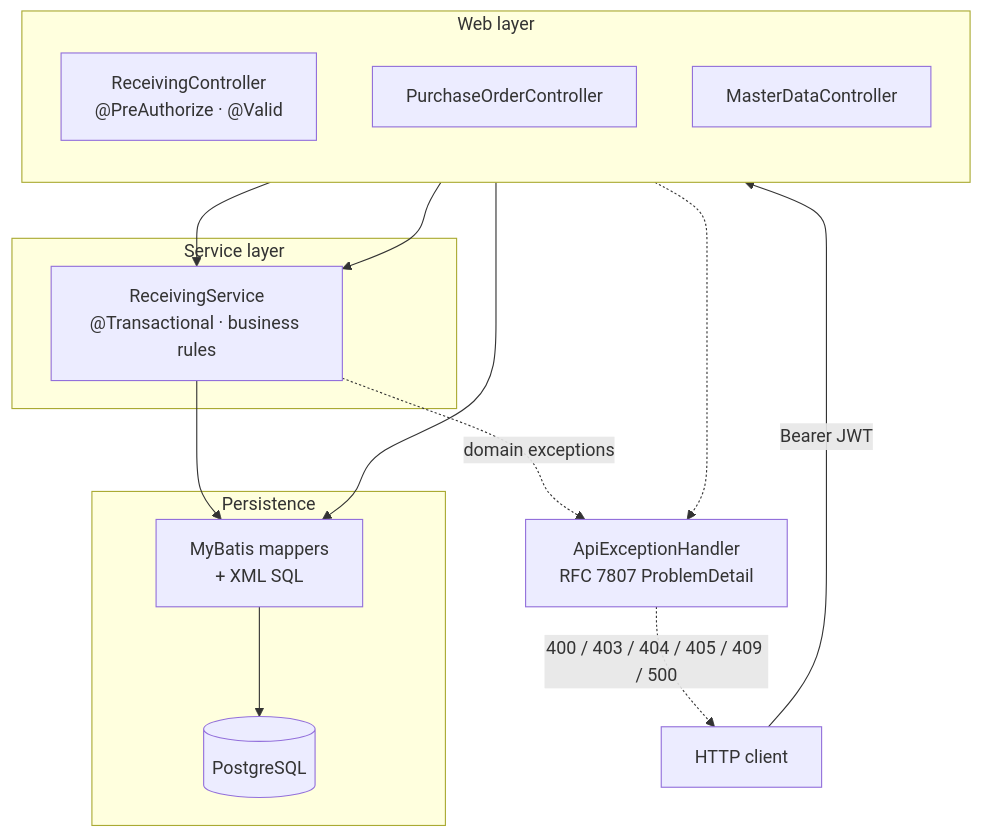
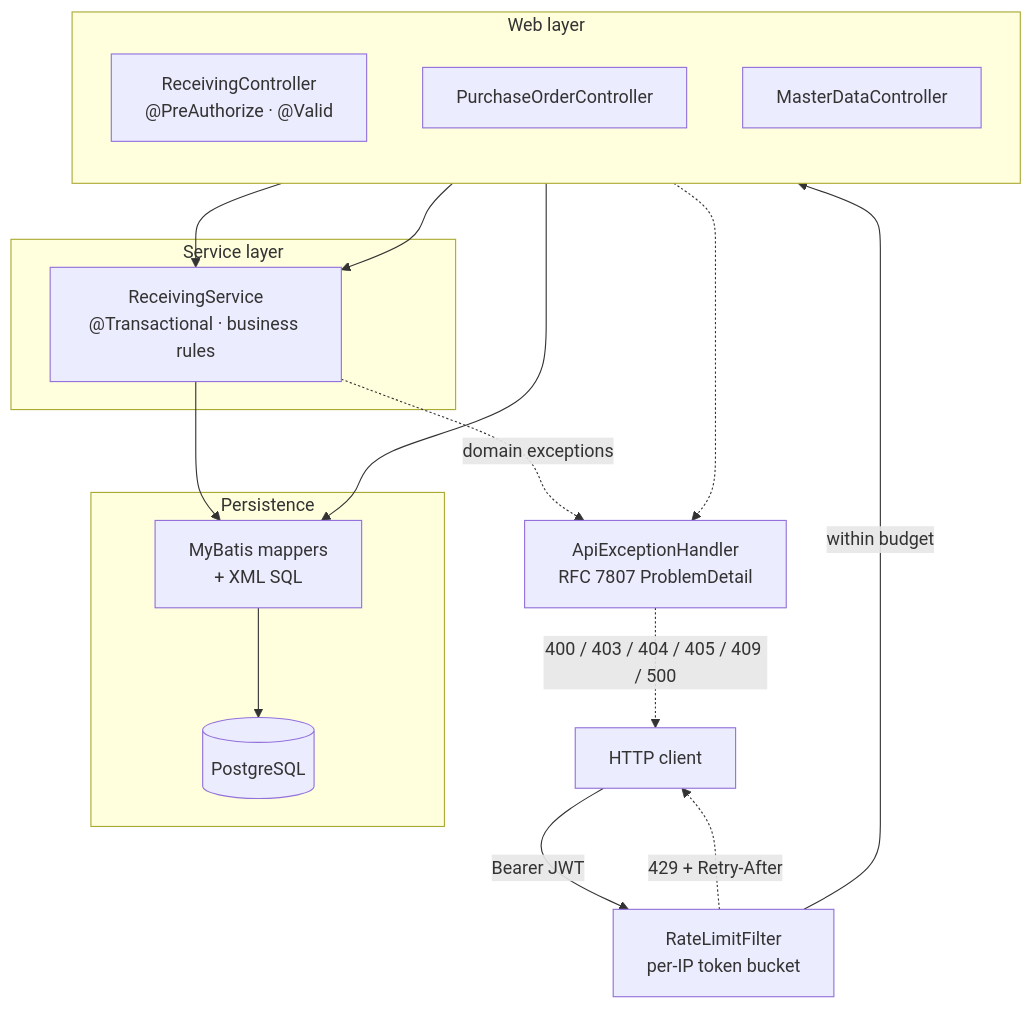
One commit to Davidzent/Warehouse changed the diagram in README.md. Above: the diagram before and after it, drawn with Mermaid. The commit also changed other lines of this file and 3 other files, not shown here.

````diff
--- a/README.md
+++ b/README.md
@@ -39,30 +44,32 @@
 ```mermaid
 flowchart TD
-    C[HTTP client] -->|Bearer JWT| W
+    C[HTTP client] -->|Bearer JWT| RL["RateLimitFilter<br/>per-IP token bucket"]
+    RL -->|within budget| W
+    RL -.->|429 + Retry-After| C
 
     subgraph W["Web layer"]
         direction TB
         RC["ReceivingController<br/>@PreAuthorize · @Valid"]
         PC[PurchaseOrderController]
         MC[MasterDataController]
     end
 
     subgraph S["Service layer"]
         SVC["ReceivingService<br/>@Transactional · business rules"]
     end
 
     subgraph P["Persistence"]
         M["MyBatis mappers<br/>+ XML SQL"]
         DB[(PostgreSQL)]
     end
 
     RC --> SVC
     PC --> SVC
     MC --> M
     SVC --> M
     M --> DB
 
     SVC -.->|domain exceptions| EH["ApiExceptionHandler<br/>RFC 7807 ProblemDetail"]
     RC -.-> EH
     EH -.->|400 / 403 / 404 / 405 / 409 / 500| C
 ```
````
